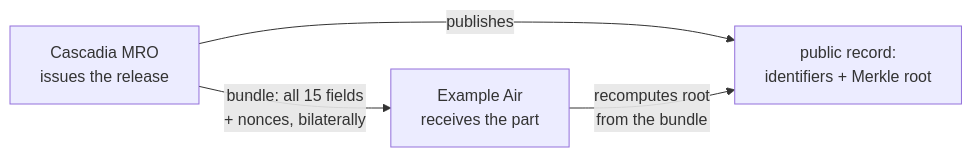
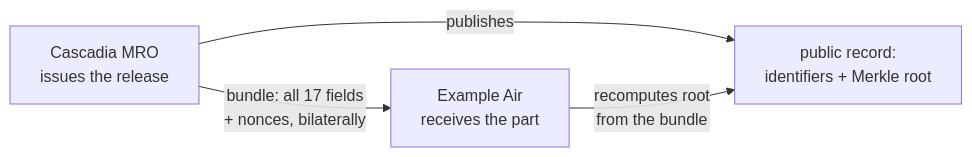
One commit to cldixon/f8130-tracker changed the third of 3 diagrams in README.md. Above: the diagram before and after it, drawn with Mermaid. The commit also changed other lines of this file and 31 other files, not shown here.

````diff
--- a/README.md
+++ b/README.md
@@ -95,10 +97,10 @@
 ```mermaid
 flowchart LR
     S["Cascadia MRO<br/>issues the release"]
     O["Example Air<br/>receives the part"]
     P["public record:<br/>identifiers + Merkle root"]
 
-    S -- "bundle: all 15 fields<br/>+ nonces, bilaterally" --> O
+    S -- "bundle: all 17 fields<br/>+ nonces, bilaterally" --> O
     S -- publishes --> P
     O -- "recomputes root<br/>from the bundle" --> P
 ```
````
